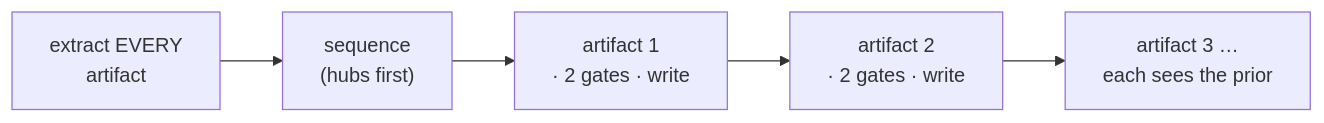
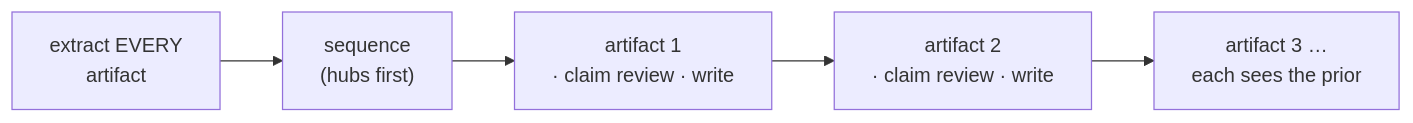
The second of 2 diagrams in src/yizkr/pipeline/README.md (WillHirsch/yizkr), drawn with Mermaid before and after one commit. The commit also changed other lines of this file and 12 other files, not shown here.

````diff
--- a/src/yizkr/pipeline/README.md
+++ b/src/yizkr/pipeline/README.md
@@ -299,7 +330,7 @@
   ```mermaid
   flowchart LR
       x["extract EVERY<br/>artifact"] --> s["sequence<br/>(hubs first)"]
-      s --> a1["artifact 1<br/>· 2 gates · write"]
-      a1 --> a2["artifact 2<br/>· 2 gates · write"]
+      s --> a1["artifact 1<br/>· claim review · write"]
+      a1 --> a2["artifact 2<br/>· claim review · write"]
       a2 --> a3["artifact 3 …<br/>each sees the prior"]
   ```
````
